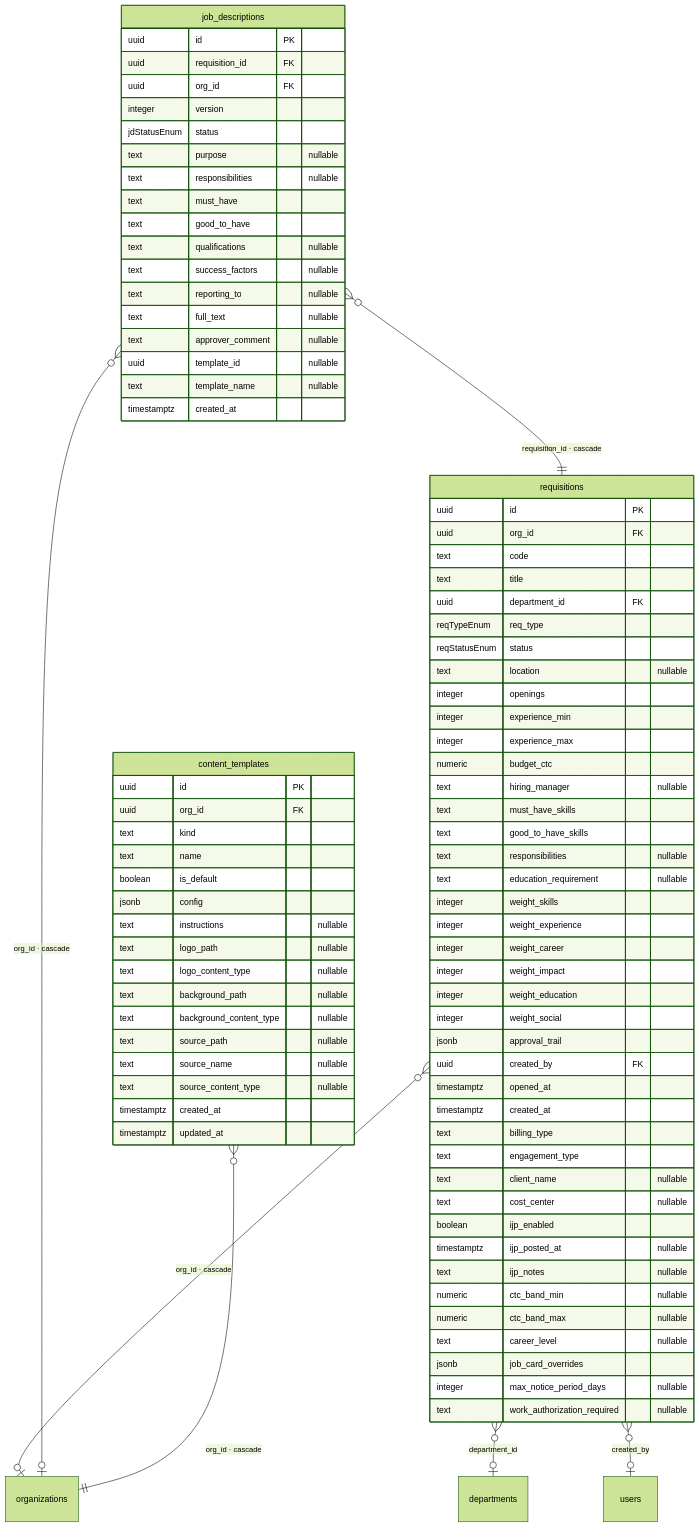
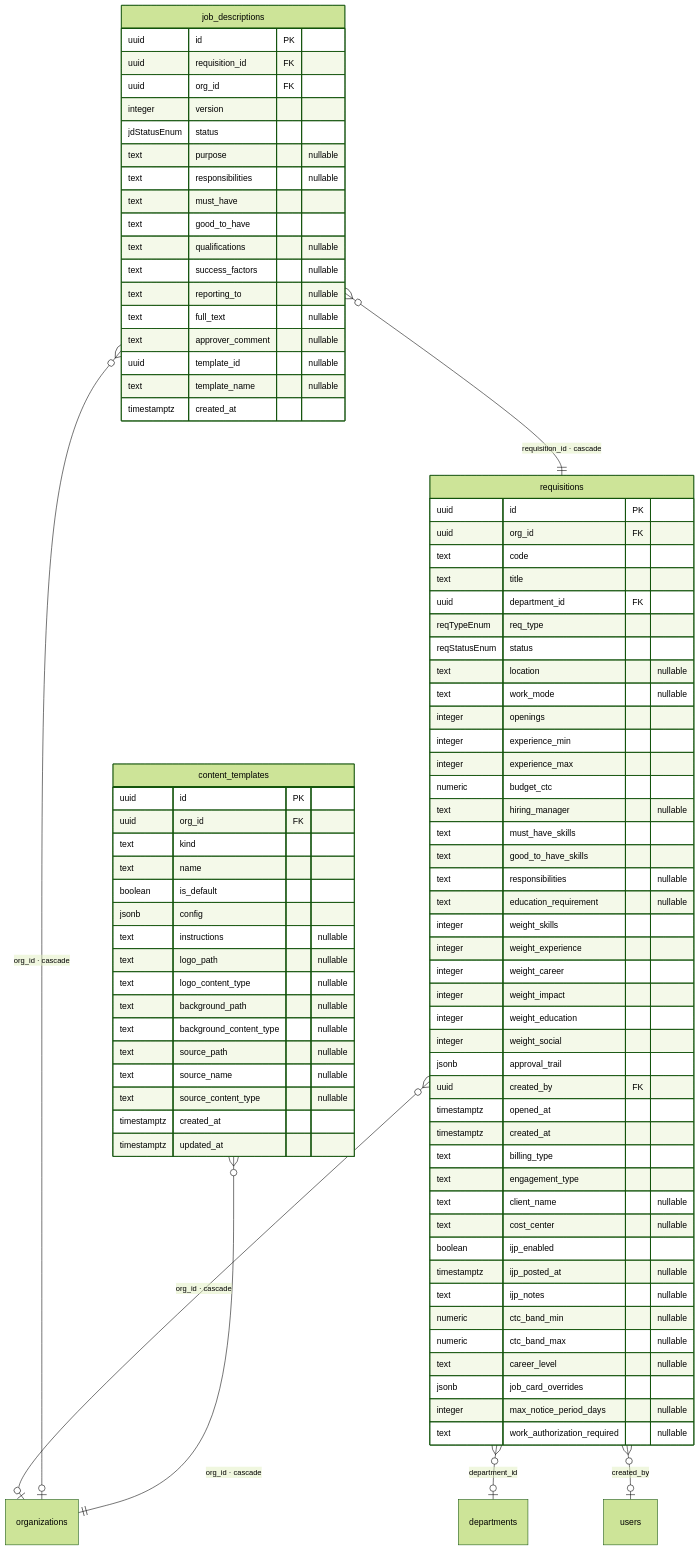
The third of 9 diagrams in docs/er-diagram.md (madhugraj/ATSAgent), drawn with Mermaid (forest theme) before and after one commit. The commit also changed other lines of this file and 22 other files, not shown here.

```diff
--- a/docs/er-diagram.md
+++ b/docs/er-diagram.md
@@ -197,6 +197,7 @@
     reqTypeEnum req_type
     reqStatusEnum status
     text location "nullable"
+    text work_mode "nullable"
     integer openings
     integer experience_min
     integer experience_max
```
